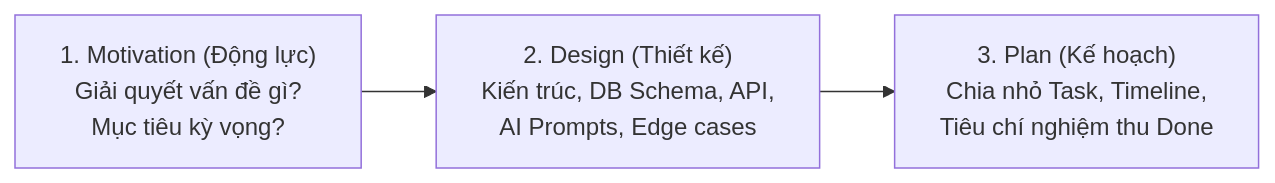
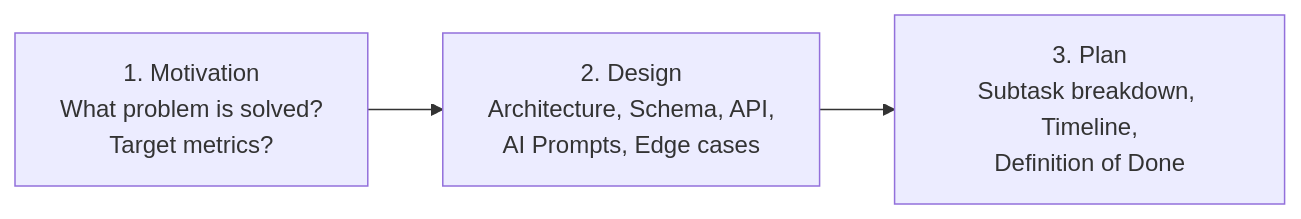
Before and after one commit to Dokhacgiakhoa/Project-Builder-4-Agents: the diagram in knowledge-base/quan-tri-du-an/02-kinh-nghiem-quan-tri-du-an-va-xu-ly-xung-dot.md, drawn with Mermaid. The commit also changed other lines of this file and 62 other files, not shown here.

````diff
--- a/knowledge-base/quan-tri-du-an/02-kinh-nghiem-quan-tri-du-an-va-xu-ly-xung-dot.md
+++ b/knowledge-base/quan-tri-du-an/02-kinh-nghiem-quan-tri-du-an-va-xu-ly-xung-dot.md
@@ -137,5 +137,5 @@
 ```mermaid
 flowchart LR
-    M["1. Motivation (Động lực)<br/>Giải quyết vấn đề gì?<br/>Mục tiêu kỳ vọng?"] --> D["2. Design (Thiết kế)<br/>Kiến trúc, DB Schema, API,<br/>AI Prompts, Edge cases"]
-    D --> P["3. Plan (Kế hoạch)<br/>Chia nhỏ Task, Timeline,<br/>Tiêu chí nghiệm thu Done"]
+    M["1. Motivation<br/>What problem is solved?<br/>Target metrics?"] --> D["2. Design<br/>Architecture, Schema, API,<br/>AI Prompts, Edge cases"]
+    D --> P["3. Plan<br/>Subtask breakdown, Timeline,<br/>Definition of Done"]
 ```
````
